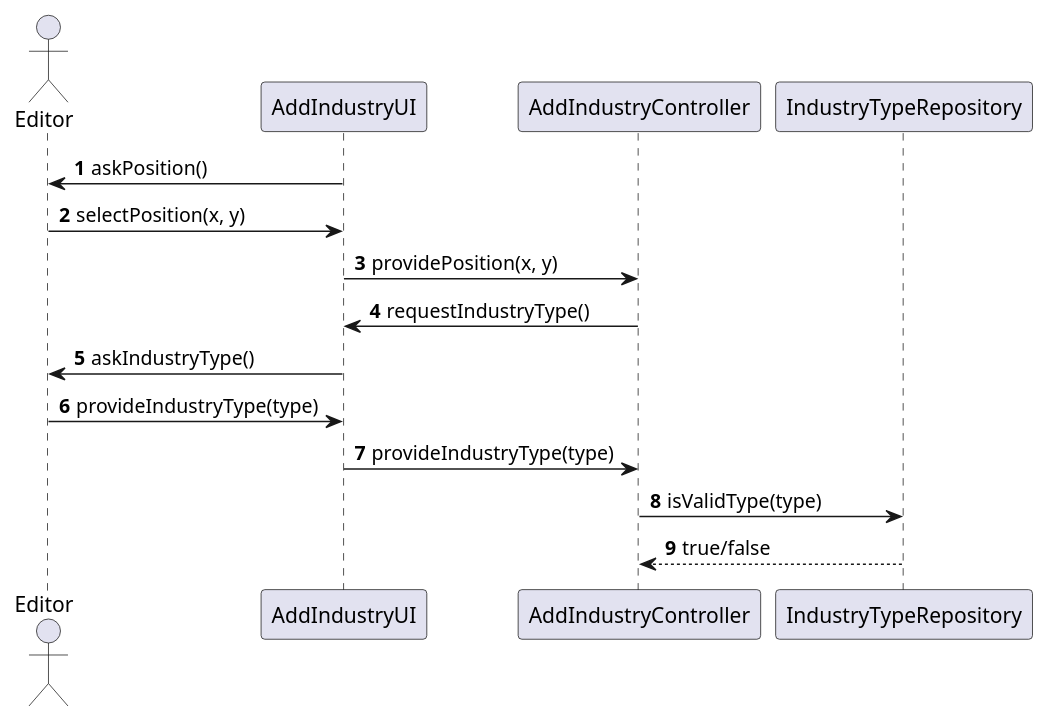
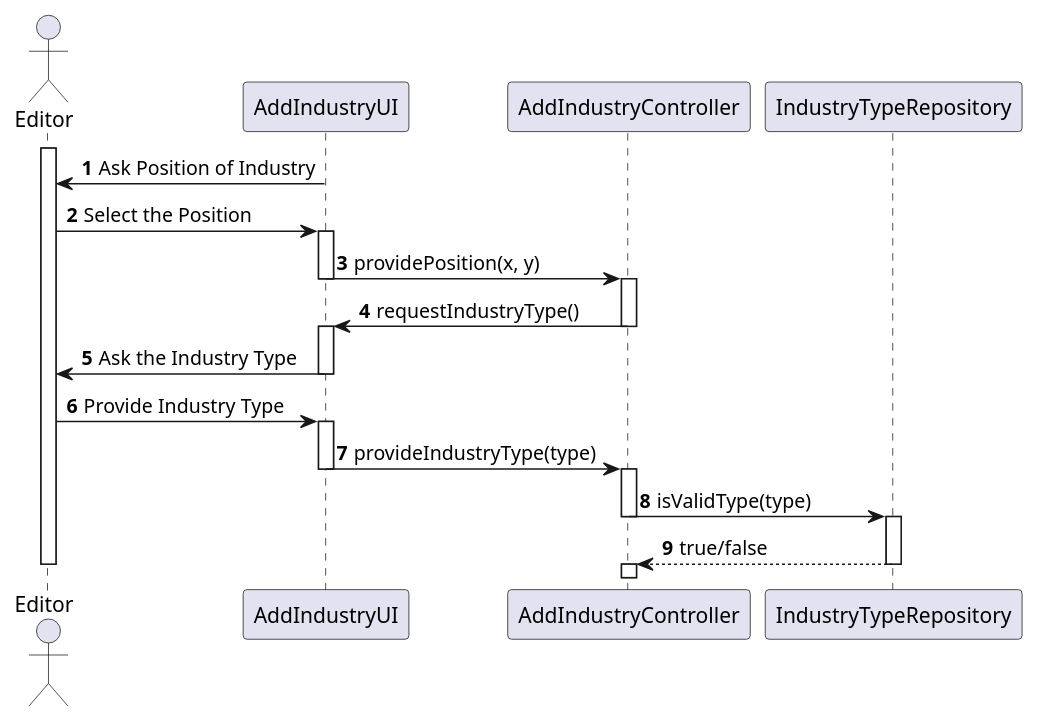
One commit to Andremonteiro1240850/railway_simulator changed the diagram in Sprint2/US02/03.design.us02/puml/US02-SD-partial-input-position-industry-type.puml. Above: the diagram before and after it, drawn with PlantUML. The commit also changed 4 other files, not shown here.

Commit message:
Diagrams Updated

```diff
--- a/Sprint2/US02/03.design.us02/puml/US02-SD-partial-input-position-industry-type.puml
+++ b/Sprint2/US02/03.design.us02/puml/US02-SD-partial-input-position-industry-type.puml
@@ -1,28 +1,48 @@
 @startumlSplit2
 'https://plantuml.com/sequence-diagram
 'skinparam monochrome true
 skinparam packageStyle rectangle
 skinparam shadowing false
 
 autonumber
 
 'hide footbox
 
 actor Editor
 participant AddIndustryUI
 participant AddIndustryController
 participant IndustryTypeRepository
+activate Editor
 
-AddIndustryUI -> Editor : askPosition()
-Editor -> AddIndustryUI : selectPosition(x, y)
+AddIndustryUI -> Editor : Ask Position of Industry
+Editor -> AddIndustryUI : Select the Position
+activate AddIndustryUI
 
 AddIndustryUI -> AddIndustryController : providePosition(x, y)
+deactivate AddIndustryUI
+activate AddIndustryController
+
 AddIndustryController -> AddIndustryUI : requestIndustryType()
+deactivate AddIndustryController
+activate AddIndustryUI
 
-AddIndustryUI -> Editor : askIndustryType()
-Editor -> AddIndustryUI : provideIndustryType(type)
+
+AddIndustryUI -> Editor : Ask the Industry Type
+deactivate AddIndustryUI
+Editor -> AddIndustryUI : Provide Industry Type
+activate AddIndustryUI
 
 AddIndustryUI -> AddIndustryController : provideIndustryType(type)
+deactivate AddIndustryUI
+activate AddIndustryController
+
 AddIndustryController -> IndustryTypeRepository : isValidType(type)
+deactivate AddIndustryController
+activate IndustryTypeRepository
+
 IndustryTypeRepository --> AddIndustryController : true/false
+deactivate IndustryTypeRepository
+activate AddIndustryController
+
+deactivate Editor
 @enduml
```
